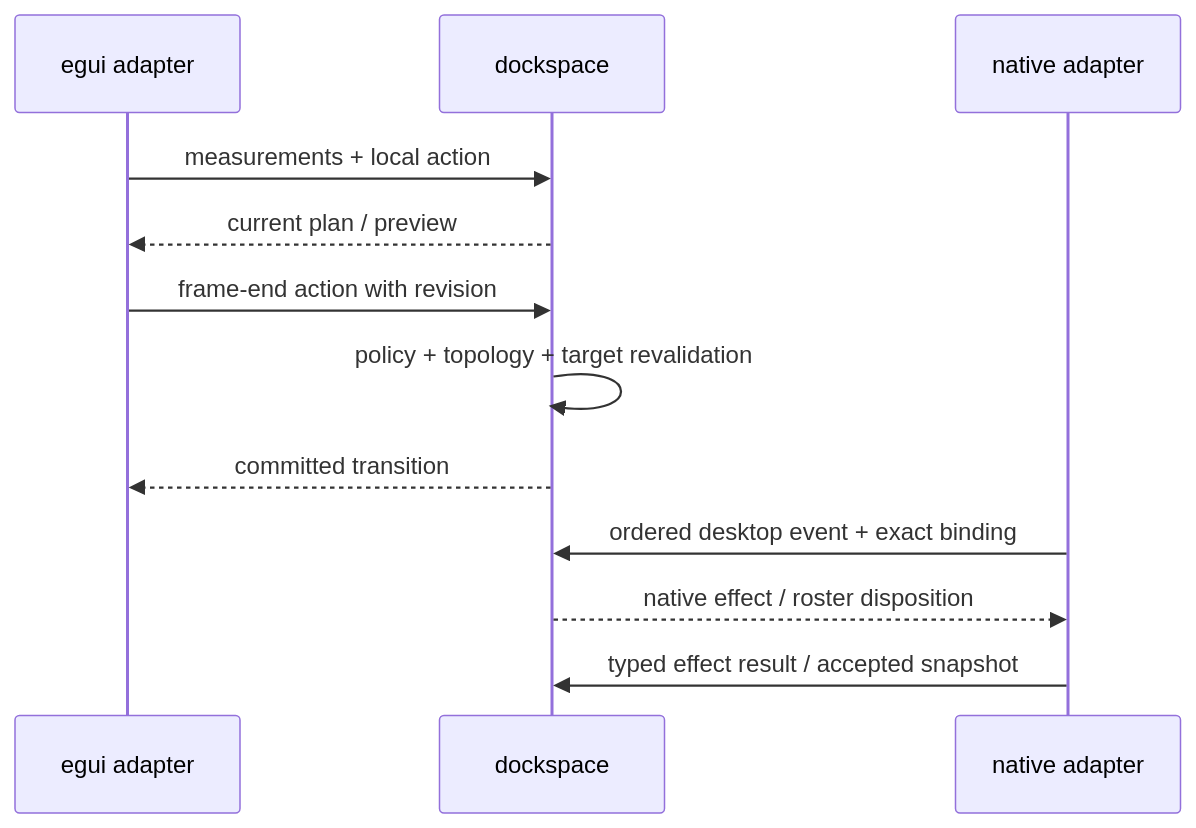
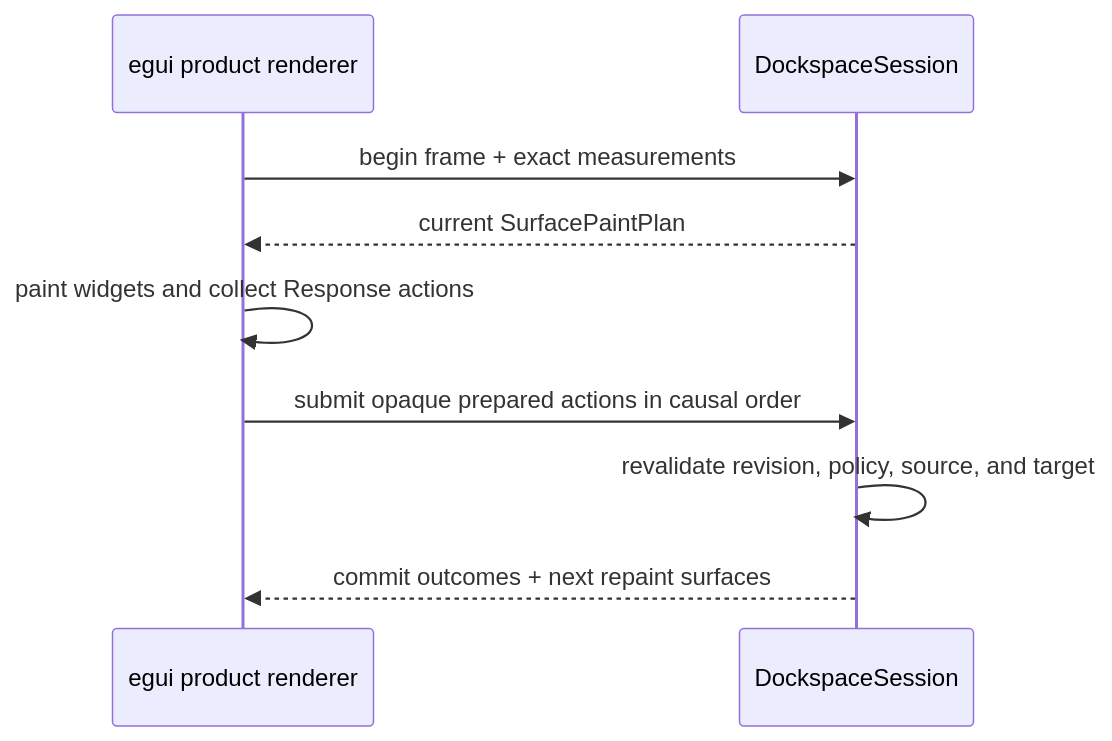
The second of 5 diagrams in docs/plans/2026-08-08-001-refactor-dockspace-product-boundary-plan.md (Latias94/egui_docking), drawn with Mermaid before and after one commit. The commit also changed other lines of this file, not shown here.

Commit message:
docs(plan): define fearless dockspace product boundary

````diff
--- a/docs/plans/2026-08-08-001-refactor-dockspace-product-boundary-plan.md
+++ b/docs/plans/2026-08-08-001-refactor-dockspace-product-boundary-plan.md
@@ -123,14 +188,11 @@
 ```mermaid
 sequenceDiagram
-    participant UI as egui adapter
-    participant Core as dockspace
-    participant OS as native adapter
-    UI->>Core: measurements + local action
-    Core-->>UI: current plan / preview
-    UI->>Core: frame-end action with revision
-    Core->>Core: policy + topology + target revalidation
-    Core-->>UI: committed transition
-    OS->>Core: ordered desktop event + exact binding
-    Core-->>OS: native effect / roster disposition
-    OS->>Core: typed effect result / accepted snapshot
+    participant E as egui product renderer
+    participant S as DockspaceSession
+    E->>S: begin frame + exact measurements
+    S-->>E: current SurfacePaintPlan
+    E->>E: paint widgets and collect Response actions
+    E->>S: submit opaque prepared actions in causal order
+    S->>S: revalidate revision, policy, source, and target
+    S-->>E: commit outcomes + next repaint surfaces
 ```
````
